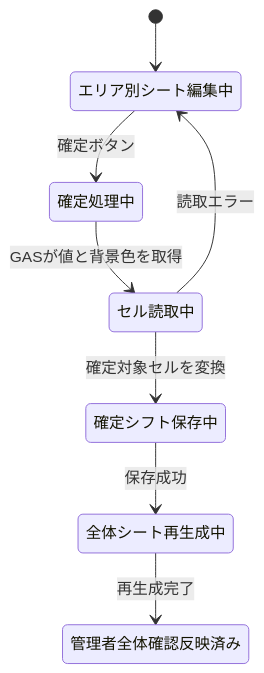
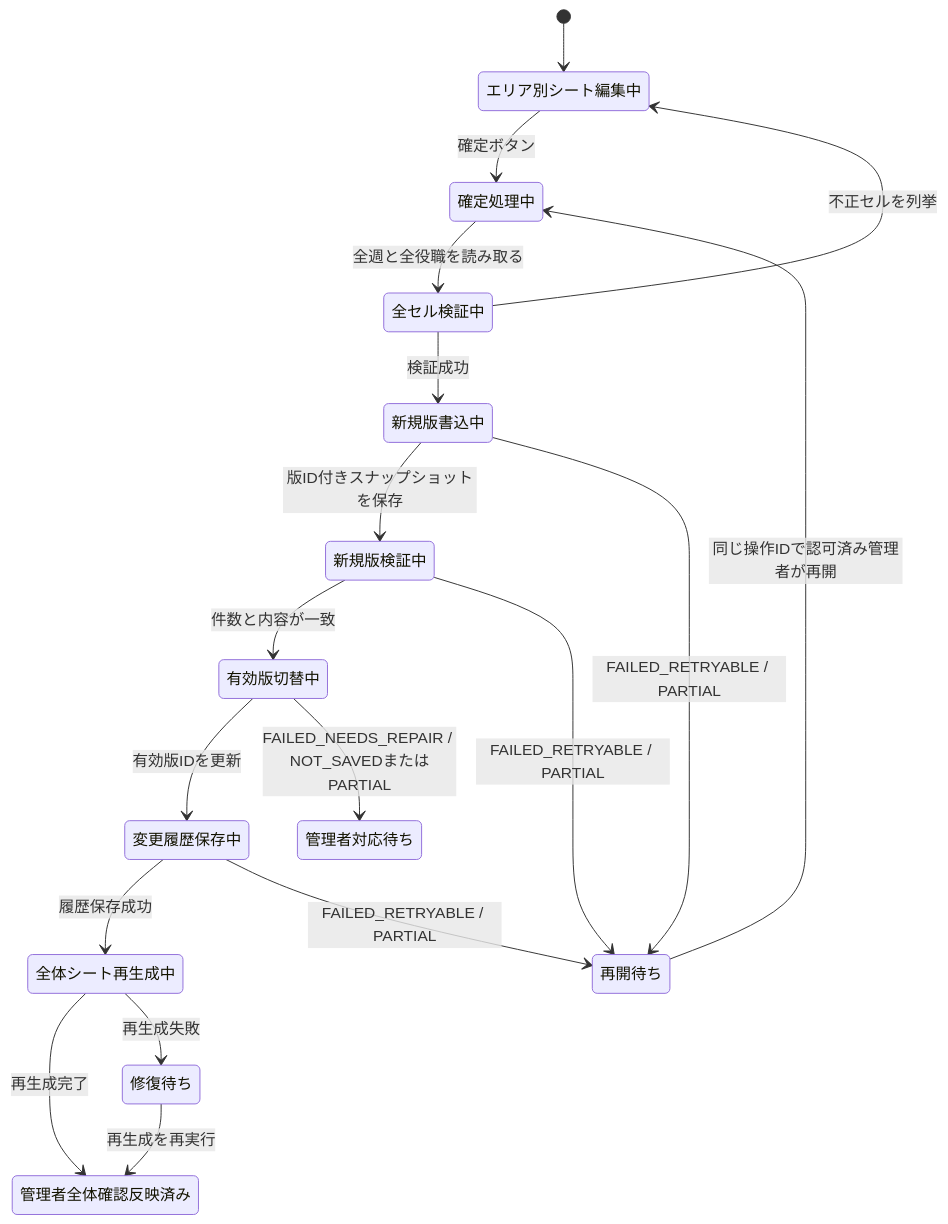
Before and after one commit to OgawaTatsukicreator/shift-submission: the fifth of 9 diagrams in .docx/Design.md, drawn with Mermaid. The commit also changed other lines of this file and 1 other file, not shown here.

````diff
--- a/.docx/Design.md
+++ b/.docx/Design.md
@@ -330,10 +634,20 @@
 ```mermaid
 stateDiagram-v2
   [*] --> エリア別シート編集中
   エリア別シート編集中 --> 確定処理中: 確定ボタン
-  確定処理中 --> セル読取中: GASが値と背景色を取得
-  セル読取中 --> 確定シフト保存中: 確定対象セルを変換
-  確定シフト保存中 --> 全体シート再生成中: 保存成功
+  確定処理中 --> 全セル検証中: 全週と全役職を読み取る
+  全セル検証中 --> エリア別シート編集中: 不正セルを列挙
+  全セル検証中 --> 新規版書込中: 検証成功
+  新規版書込中 --> 新規版検証中: 版ID付きスナップショットを保存
+  新規版検証中 --> 有効版切替中: 件数と内容が一致
+  有効版切替中 --> 変更履歴保存中: 有効版IDを更新
+  変更履歴保存中 --> 全体シート再生成中: 履歴保存成功
   全体シート再生成中 --> 管理者全体確認反映済み: 再生成完了
-  セル読取中 --> エリア別シート編集中: 読取エラー
+  全体シート再生成中 --> 修復待ち: 再生成失敗
+  新規版書込中 --> 再開待ち: FAILED_RETRYABLE / PARTIAL
+  新規版検証中 --> 再開待ち: FAILED_RETRYABLE / PARTIAL
+  有効版切替中 --> 管理者対応待ち: FAILED_NEEDS_REPAIR / NOT_SAVEDまたはPARTIAL
+  変更履歴保存中 --> 再開待ち: FAILED_RETRYABLE / PARTIAL
+  再開待ち --> 確定処理中: 同じ操作IDで認可済み管理者が再開
+  修復待ち --> 管理者全体確認反映済み: 再生成を再実行
 ```
````
